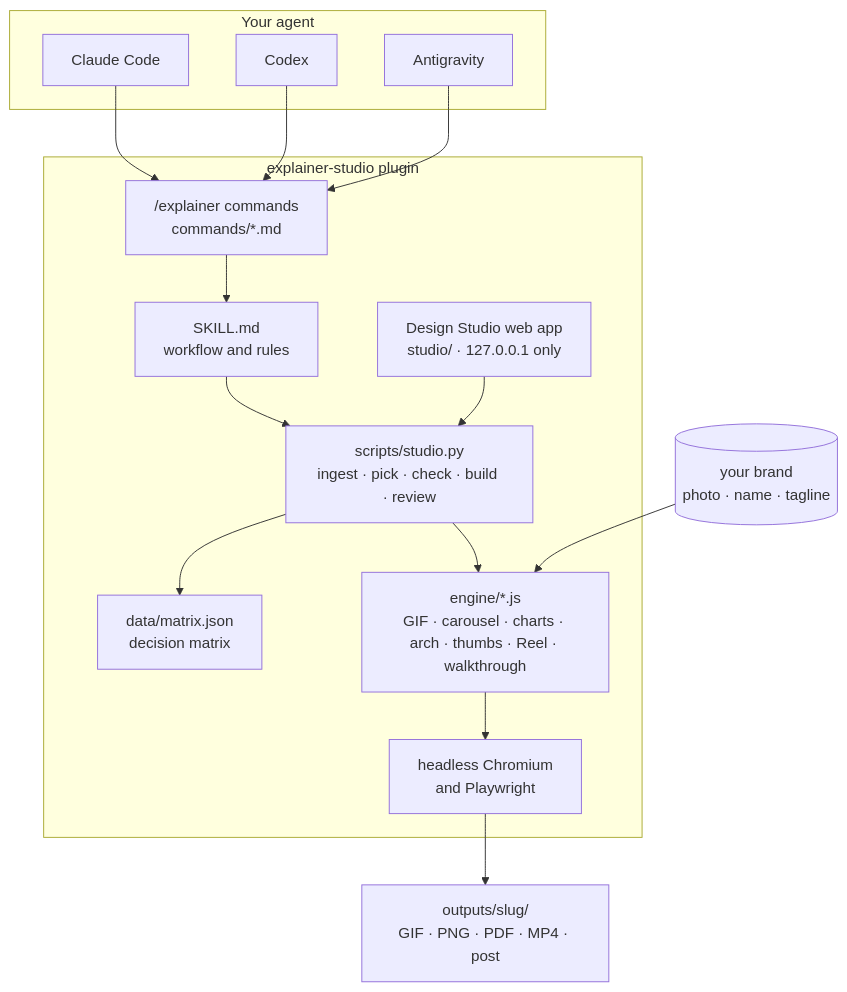
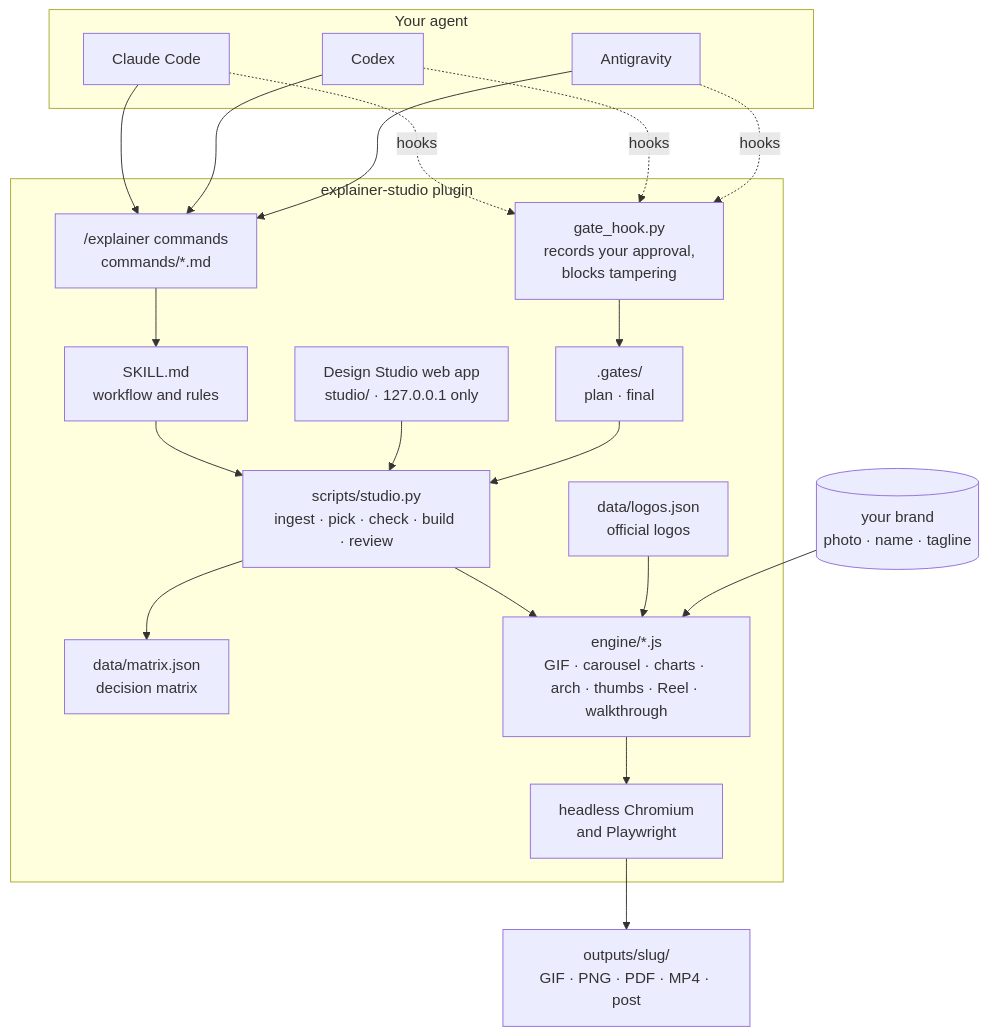
One commit to sarveshtalele/content-creation changed the second of 2 diagrams in README.md. Above: the diagram before and after it, drawn with Mermaid. The commit also changed other lines of this file and 52 other files, not shown here.

First line of the commit message:
Approval gates on every harness, official logos, stage panels, LinkedIn newsletter banner (3.4.0)

````diff
--- a/README.md
+++ b/README.md
@@ -117,19 +155,23 @@
 ```mermaid
 flowchart TB
   subgraph Agents["Your agent"]
     CC[Claude Code]
     CX[Codex]
     AG[Antigravity]
   end
   subgraph Plugin["explainer-studio plugin"]
     CMD["/explainer commands<br/>commands/*.md"] --> SK["SKILL.md<br/>workflow and rules"]
     SK --> PY["scripts/studio.py<br/>ingest · pick · check · build · review"]
     PY --> MX["data/matrix.json<br/>decision matrix"]
     PY --> EN["engine/*.js<br/>GIF · carousel · charts · arch · thumbs · Reel · walkthrough"]
     EN --> CH["headless Chromium<br/>and Playwright"]
     APP["Design Studio web app<br/>studio/ · 127.0.0.1 only"] --> PY
+    HK["gate_hook.py<br/>records your approval,<br/>blocks tampering"] --> GT[".gates/<br/>plan · final"]
+    GT --> PY
+    LG["data/logos.json<br/>official logos"] --> EN
   end
   CC & CX & AG --> CMD
+  CC & CX & AG -. hooks .-> HK
   CH --> OUT["outputs/slug/<br/>GIF · PNG · PDF · MP4 · post"]
   BR[(your brand<br/>photo · name · tagline)] --> EN
 ```
````
